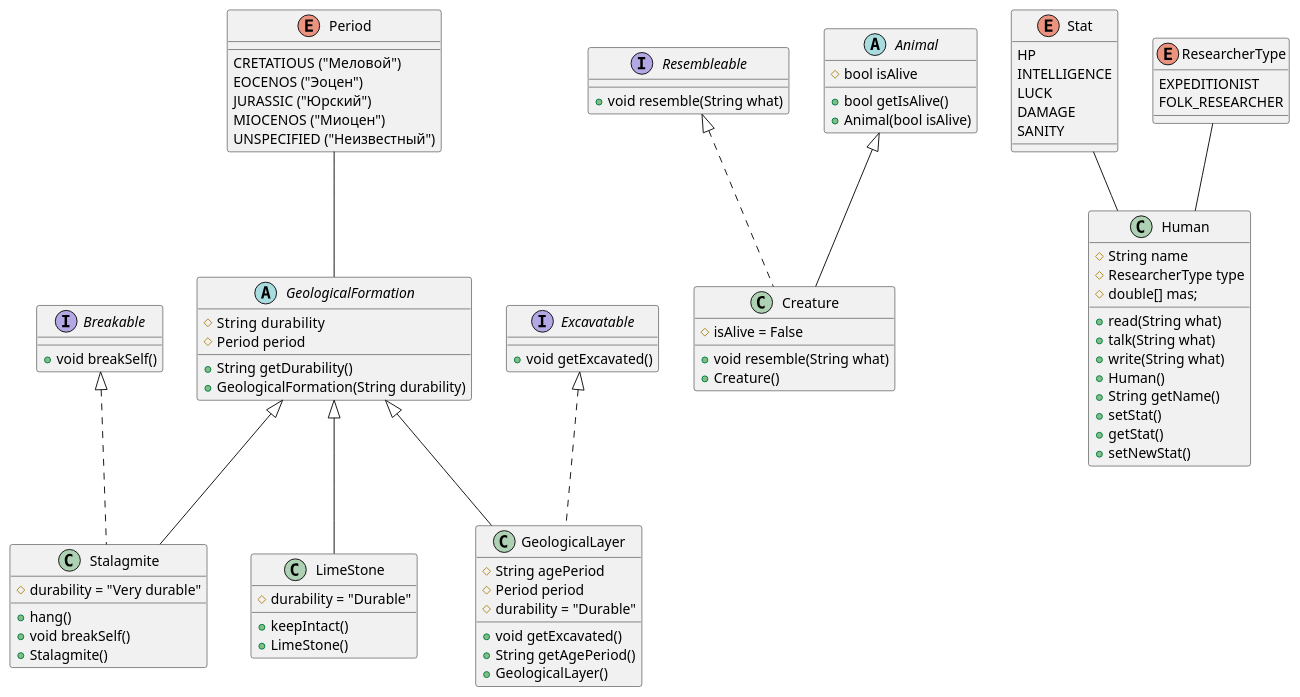
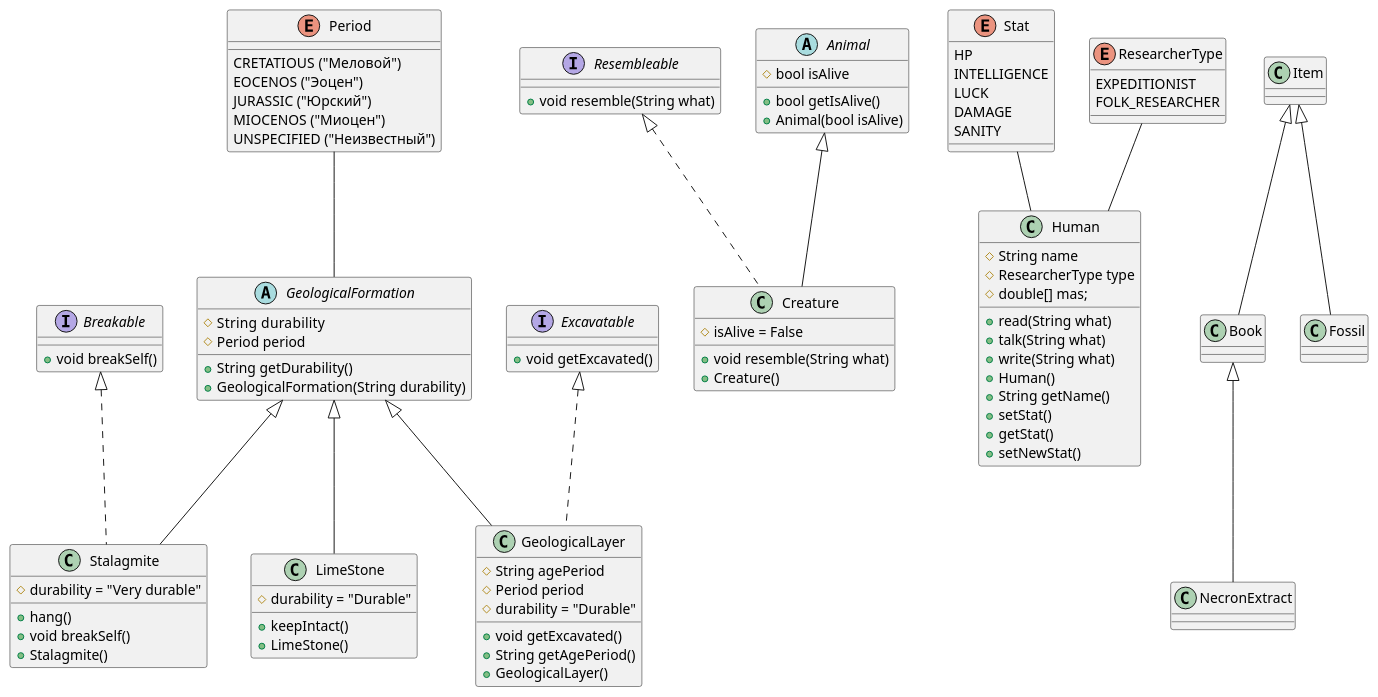
One commit to shib-a/Lab_8 changed the diagram in src/main/java/org/example/diagram.puml. Above: the diagram before and after it, drawn with PlantUML. The commit also changed 9 other files, not shown here.

```diff
--- a/src/main/java/org/example/diagram.puml
+++ b/src/main/java/org/example/diagram.puml
@@ -1,86 +1,94 @@
 @startuml
 
 interface Breakable{
     + void breakSelf()
 }
 interface Resembleable{
     + void resemble(String what)
 }
 interface Excavatable{
     + void getExcavated()
 }
 
 Stat -- Human
 ResearcherType -- Human
 class Human{
      # String name
      # ResearcherType type
      # double[] mas;
      + read(String what)
      + talk(String what)
      + write(String what)
      + Human()
      + String getName()
      + setStat()
      + getStat()
      + setNewStat()
 
 }
 
 Period -- GeologicalFormation
 abstract class GeologicalFormation{
     # String  durability
     # Period period
     + String getDurability()
     + GeologicalFormation(String durability)
 }
 abstract class Animal{
     # bool isAlive
     + bool getIsAlive()
     + Animal(bool isAlive)
 }
 
 enum Stat{
     HP
     INTELLIGENCE
     LUCK
     DAMAGE
     SANITY
 }
 enum Period{
     CRETATIOUS ("Меловой")
     EOCENOS ("Эоцен")
     JURASSIC ("Юрский")
     MIOCENOS ("Миоцен")
     UNSPECIFIED ("Неизвестный")
 }
 enum ResearcherType{
     EXPEDITIONIST
     FOLK_RESEARCHER
 }
 
+class Item{
+}
+class Book extends Item{
+}
+class NecronExtract extends Book{
+}
+class Fossil extends Item{
+}
 class Creature extends Animal implements Resembleable{
     # isAlive = False
     + void resemble(String what)
     + Creature()
 }
 class GeologicalLayer extends GeologicalFormation implements Excavatable{
     # String agePeriod
     # Period period
     #durability = "Durable"
     + void getExcavated()
     + String getAgePeriod()
     + GeologicalLayer()
 }
 class Stalagmite extends GeologicalFormation implements Breakable{
     # durability = "Very durable"
     + hang()
     + void breakSelf()
     + Stalagmite()
 }
 class LimeStone extends GeologicalFormation{
     # durability = "Durable"
     + keepIntact()
     + LimeStone()
 }
 @enduml
```
